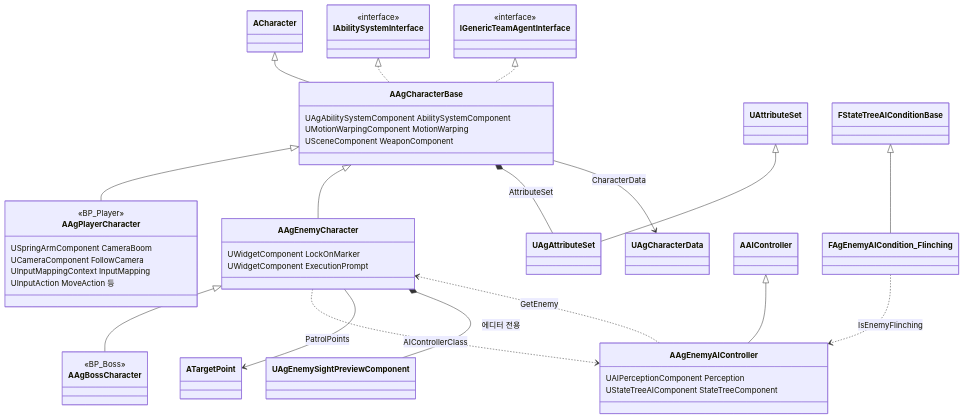
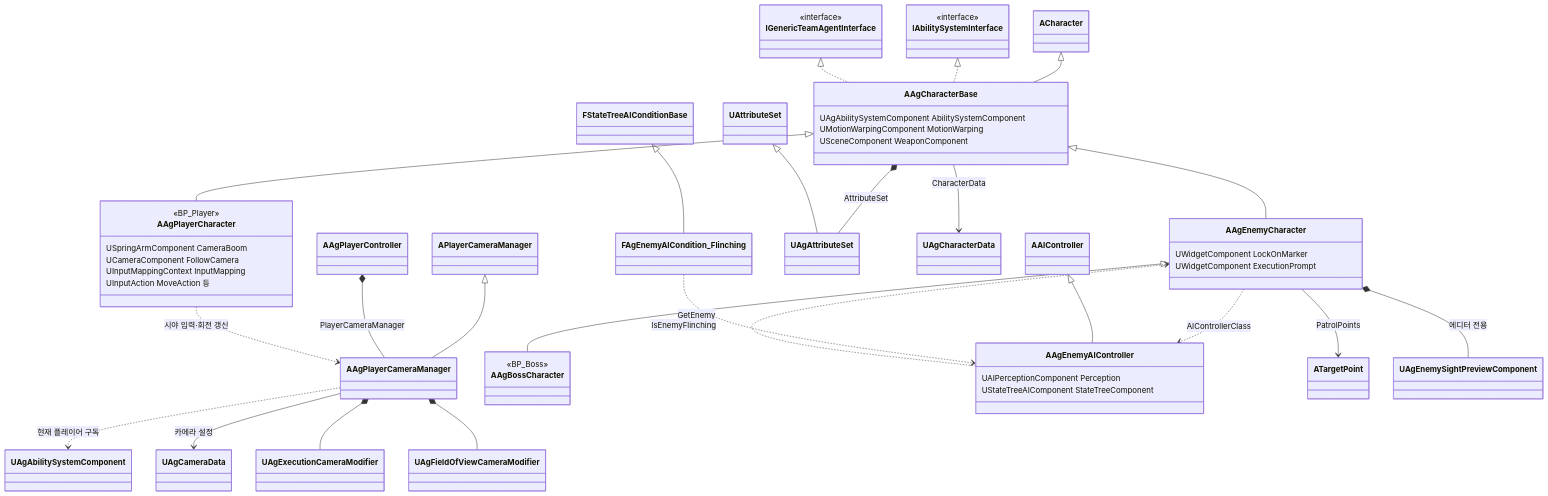
One commit to Woogl/Ag changed the first of 5 diagrams in Docs/Architecture/캐릭터 기반 구조와 GAS.md. Above: the diagram before and after it, drawn with Mermaid. The commit also changed other lines of this file and 38 other files, not shown here.

````diff
--- a/Docs/Architecture/캐릭터 기반 구조와 GAS.md
+++ b/Docs/Architecture/캐릭터 기반 구조와 GAS.md
@@ -39,50 +42,58 @@
 ```mermaid
 classDiagram
     direction TB
     class IAbilitySystemInterface {
         <<interface>>
     }
     class IGenericTeamAgentInterface {
         <<interface>>
     }
     class AAgCharacterBase {
         UAgAbilitySystemComponent AbilitySystemComponent
         UMotionWarpingComponent MotionWarping
         USceneComponent WeaponComponent
     }
     class AAgPlayerCharacter {
         <<BP_Player>>
         USpringArmComponent CameraBoom
         UCameraComponent FollowCamera
         UInputMappingContext InputMapping
         UInputAction MoveAction 등
     }
+    class AAgPlayerCameraManager
     class AAgEnemyCharacter {
         UWidgetComponent LockOnMarker
         UWidgetComponent ExecutionPrompt
     }
     class AAgBossCharacter {
         <<BP_Boss>>
     }
     class AAgEnemyAIController {
         UAIPerceptionComponent Perception
         UStateTreeAIComponent StateTreeComponent
     }
     ACharacter <|-- AAgCharacterBase
     IAbilitySystemInterface <|.. AAgCharacterBase
     IGenericTeamAgentInterface <|.. AAgCharacterBase
     AAgCharacterBase <|-- AAgPlayerCharacter
+    APlayerCameraManager <|-- AAgPlayerCameraManager
+    AAgPlayerController *-- AAgPlayerCameraManager : PlayerCameraManager
+    AAgPlayerCharacter ..> AAgPlayerCameraManager : 시야 입력·회전 갱신
+    AAgPlayerCameraManager ..> UAgAbilitySystemComponent : 현재 플레이어 구독
+    AAgPlayerCameraManager --> UAgCameraData : 카메라 설정
+    AAgPlayerCameraManager *-- UAgExecutionCameraModifier
+    AAgPlayerCameraManager *-- UAgFieldOfViewCameraModifier
     AAgCharacterBase <|-- AAgEnemyCharacter
     AAgEnemyCharacter <|-- AAgBossCharacter
 
     AAgCharacterBase *-- UAgAttributeSet : AttributeSet
     UAttributeSet <|-- UAgAttributeSet
     AAgCharacterBase --> UAgCharacterData : CharacterData
     AAgEnemyCharacter ..> AAgEnemyAIController : AIControllerClass
     AAgEnemyCharacter --> ATargetPoint : PatrolPoints
     AAgEnemyCharacter *-- UAgEnemySightPreviewComponent : 에디터 전용
     AAIController <|-- AAgEnemyAIController
     AAgEnemyAIController ..> AAgEnemyCharacter : GetEnemy
     FStateTreeAIConditionBase <|-- FAgEnemyAICondition_Flinching
     FAgEnemyAICondition_Flinching ..> AAgEnemyAIController : IsEnemyFlinching
 ```
````
